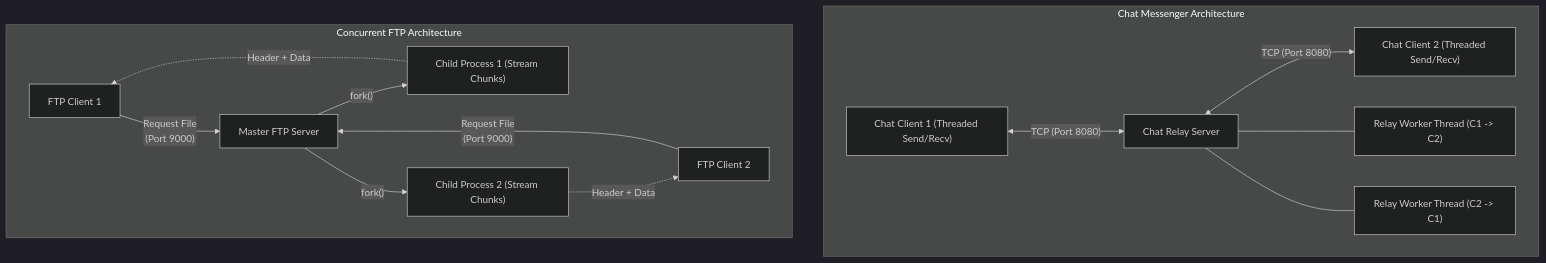
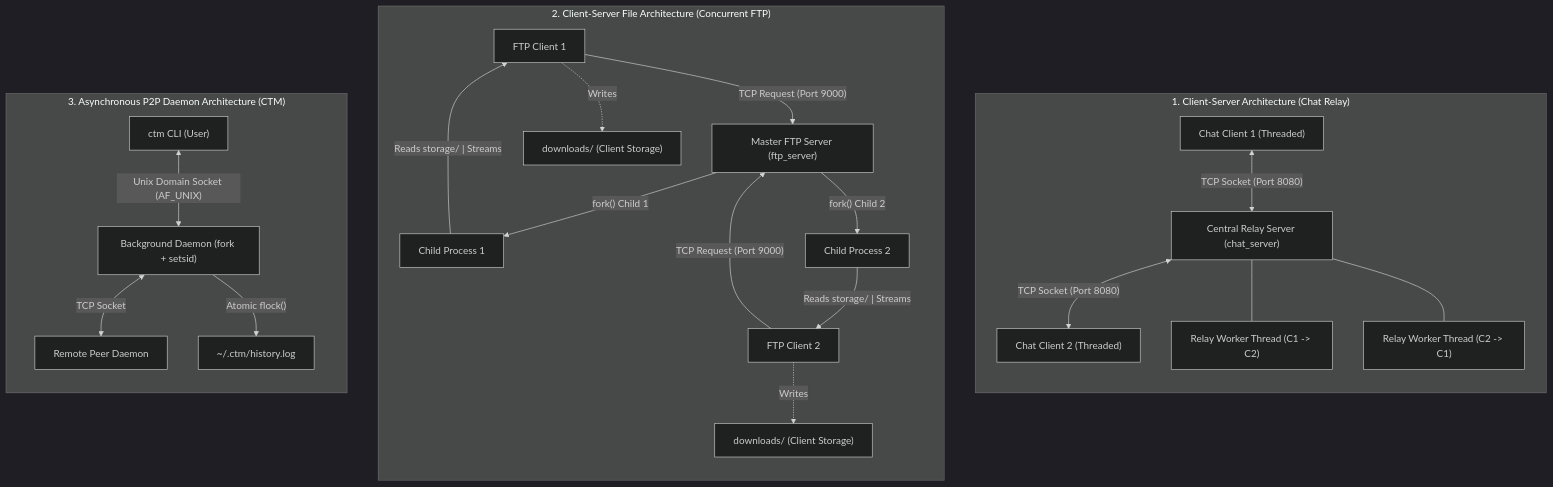
Before and after one commit to rey-1e/CLI_MESSENGER: the diagram in README.md, drawn with Mermaid (dark theme). The commit also changed other lines of this file and 7 other files, not shown here.

````diff
--- a/README.md
+++ b/README.md
@@ -12,18 +30,29 @@
 ```mermaid
 flowchart TD
-    subgraph Chat_Messenger["Chat Messenger Architecture"]
-        C1["Chat Client 1 (Threaded Send/Recv)"] <-->|"TCP (Port 8080)"| S["Chat Relay Server"]
-        S <-->|"TCP (Port 8080)"| C2["Chat Client 2 (Threaded Send/Recv)"]
-        S --- T1["Relay Worker Thread (C1 -> C2)"]
-        S --- T2["Relay Worker Thread (C2 -> C1)"]
+    subgraph Client_Server_Relay["1. Client-Server Architecture (Chat Relay)"]
+        direction TB
+        C1["Chat Client 1 (Threaded)"] <-->|"TCP Socket (Port 8080)"| RS["Central Relay Server (chat_server)"]
+        RS <-->|"TCP Socket (Port 8080)"| C2["Chat Client 2 (Threaded)"]
+        RS --- T1["Relay Worker Thread (C1 -> C2)"]
+        RS --- T2["Relay Worker Thread (C2 -> C1)"]
     end
 
-    subgraph FTP_System["Concurrent FTP Architecture"]
-        FC1["FTP Client 1"] -->|"Request File\n(Port 9000)"| FS["Master FTP Server"]
-        FC2["FTP Client 2"] -->|"Request File\n(Port 9000)"| FS
-        FS -->|"fork()"| W1["Child Process 1 (Stream Chunks)"]
-        FS -->|"fork()"| W2["Child Process 2 (Stream Chunks)"]
-        W1 -.->|"Header + Data"| FC1
-        W2 -.->|"Header + Data"| FC2
+    subgraph Concurrent_FTP["2. Client-Server File Architecture (Concurrent FTP)"]
+        direction TB
+        FC1["FTP Client 1"] -->|"TCP Request (Port 9000)"| MFS["Master FTP Server (ftp_server)"]
+        FC2["FTP Client 2"] -->|"TCP Request (Port 9000)"| MFS
+        MFS -->|"fork() Child 1"| W1["Child Process 1"]
+        MFS -->|"fork() Child 2"| W2["Child Process 2"]
+        W1 -->|"Reads storage/ | Streams"| FC1
+        W2 -->|"Reads storage/ | Streams"| FC2
+        FC1 -.->|"Writes"| D1["downloads/ (Client Storage)"]
+        FC2 -.->|"Writes"| D2["downloads/ (Client Storage)"]
+    end
+
+    subgraph CTM_Daemon["3. Asynchronous P2P Daemon Architecture (CTM)"]
+        direction TB
+        CLI["ctm CLI (User)"] <-->|"Unix Domain Socket (AF_UNIX)"| DMN["Background Daemon (fork + setsid)"]
+        DMN <-->|"TCP Socket"| PEER["Remote Peer Daemon"]
+        DMN -->|"Atomic flock()"| LOG["~/.ctm/history.log"]
     end
 ```
````
